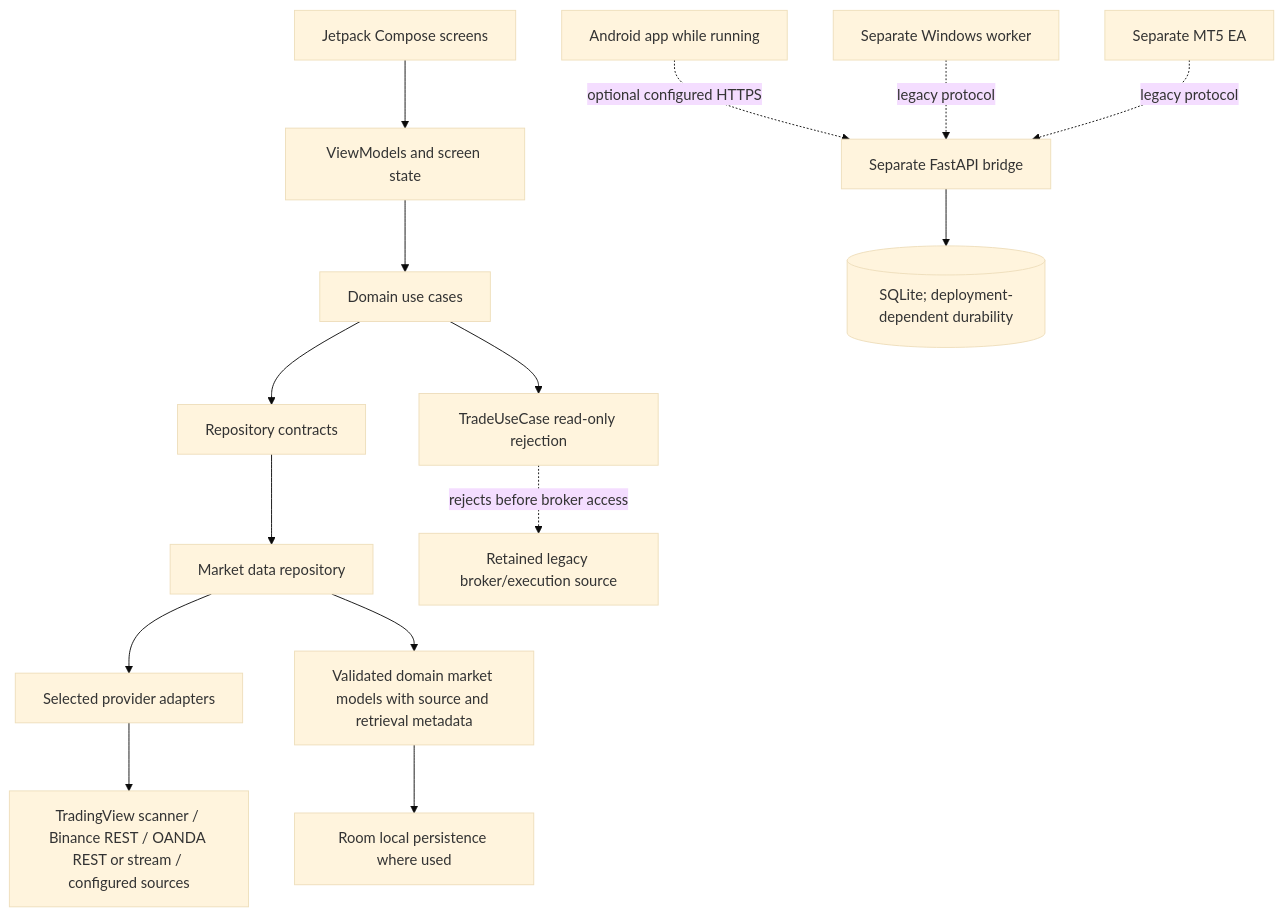
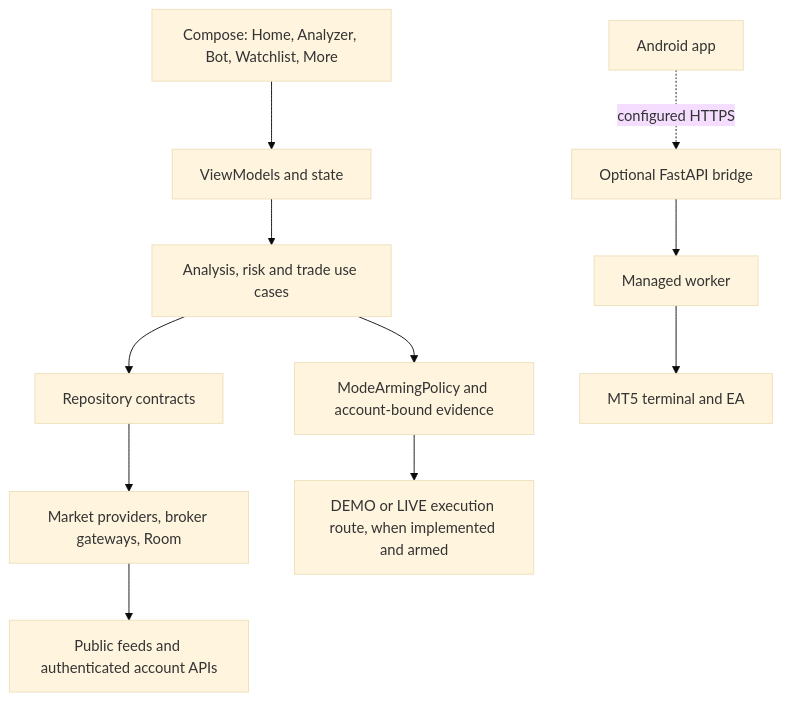
Before and after one commit to destinedai/DESTINEDFX-ANALYZER5: the diagram in README.md, drawn with Mermaid (base theme). The commit also changed other lines of this file and 22 other files, not shown here.

Commit message:
revert: restore gated DEMO and LIVE execution and full CI

````diff
--- a/README.md
+++ b/README.md
@@ -57,17 +33,13 @@
 ```mermaid
 flowchart TD
-  UI[Jetpack Compose screens] --> VM[ViewModels and screen state]
-  VM --> UC[Domain use cases]
+  UI[Compose: Home, Analyzer, Bot, Watchlist, More] --> VM[ViewModels and state]
+  VM --> UC[Analysis, risk and trade use cases]
   UC --> REPO[Repository contracts]
-  REPO --> MD[Market data repository]
-  MD --> ADAPTERS[Selected provider adapters]
-  ADAPTERS --> PUBLIC[TradingView scanner / Binance REST / OANDA REST or stream / configured sources]
-  MD --> MODELS[Validated domain market models with source and retrieval metadata]
-  MODELS --> ROOM[Room local persistence where used]
-  UC --> GUARD[TradeUseCase read-only rejection]
-  GUARD -. rejects before broker access .-> LEGACY[Retained legacy broker/execution source]
-  PHONE[Android app while running] -. optional configured HTTPS .-> BRIDGE[Separate FastAPI bridge]
-  BRIDGE --> DB[(SQLite; deployment-dependent durability)]
-  WORKER[Separate Windows worker] -. legacy protocol .-> BRIDGE
-  EA[Separate MT5 EA] -. legacy protocol .-> BRIDGE
+  REPO --> DATA[Market providers, broker gateways, Room]
+  DATA --> SOURCES[Public feeds and authenticated account APIs]
+  UC --> MG[ModeArmingPolicy and account-bound evidence]
+  MG --> EXEC[DEMO or LIVE execution route, when implemented and armed]
+  PHONE[Android app] -. configured HTTPS .-> BRIDGE[Optional FastAPI bridge]
+  BRIDGE --> WORKER[Managed worker]
+  WORKER --> EA[MT5 terminal and EA]
 ```
````
